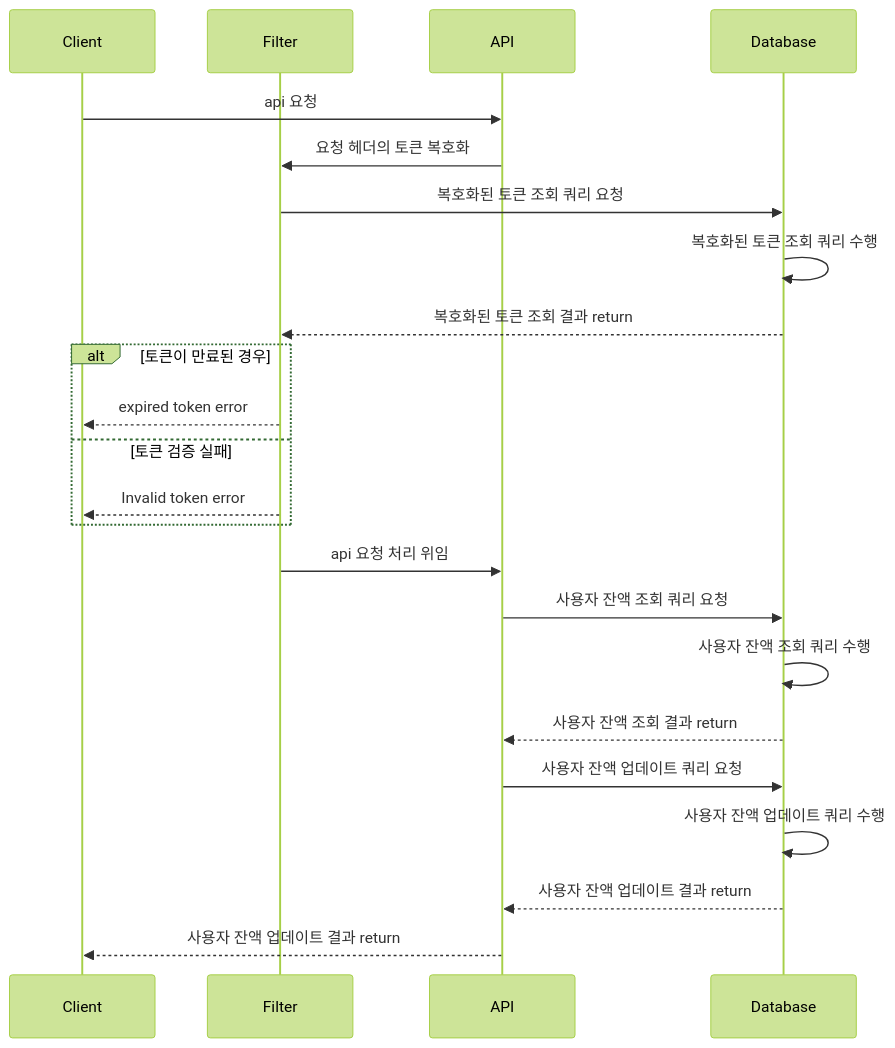
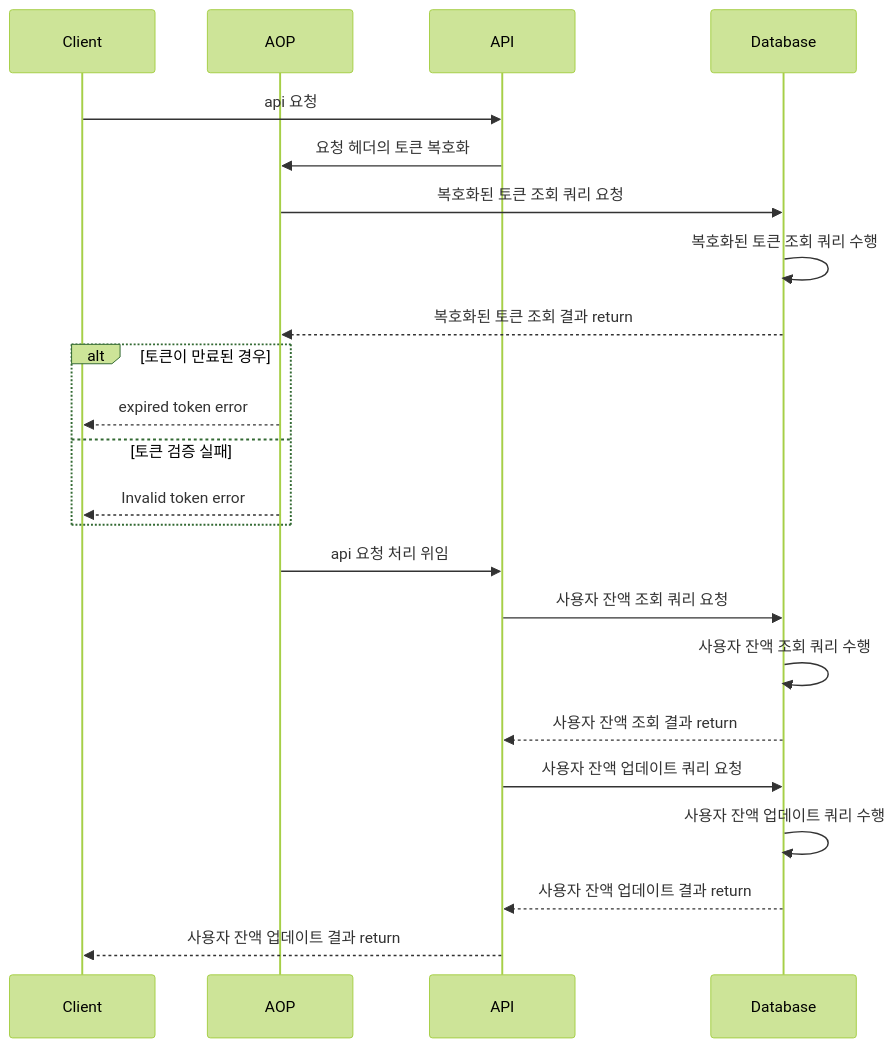
The sixth of 8 diagrams in README.MD (wanniDev/ticket), drawn with Mermaid (forest theme) before and after one commit. The commit also changed other lines of this file, not shown here.

Commit message:
Document: 대기열 플로우차트 정리

````diff
--- a/README.MD
+++ b/README.MD
@@ -449,25 +461,25 @@
 ```mermaid
 sequenceDiagram
   participant C as Client
-  participant F as Filter
+  participant F as AOP
   participant A as API
   participant DB as Database
   C->>A: api 요청
   A->>F: 요청 헤더의 토큰 복호화
   F->>DB: 복호화된 토큰 조회 쿼리 요청
   DB->>DB: 복호화된 토큰 조회 쿼리 수행
   DB-->>F: 복호화된 토큰 조회 결과 return
   alt 토큰이 만료된 경우
     F-->>C: expired token error
   else 토큰 검증 실패
     F-->>C: Invalid token error
   end
   F->>A: api 요청 처리 위임
   A->>DB: 사용자 잔액 조회 쿼리 요청
   DB->>DB: 사용자 잔액 조회 쿼리 수행
   DB-->>A: 사용자 잔액 조회 결과 return
   A->>DB: 사용자 잔액 업데이트 쿼리 요청
   DB->>DB: 사용자 잔액 업데이트 쿼리 수행
   DB-->>A: 사용자 잔액 업데이트 결과 return
   A-->>C: 사용자 잔액 업데이트 결과 return
 ```
````
